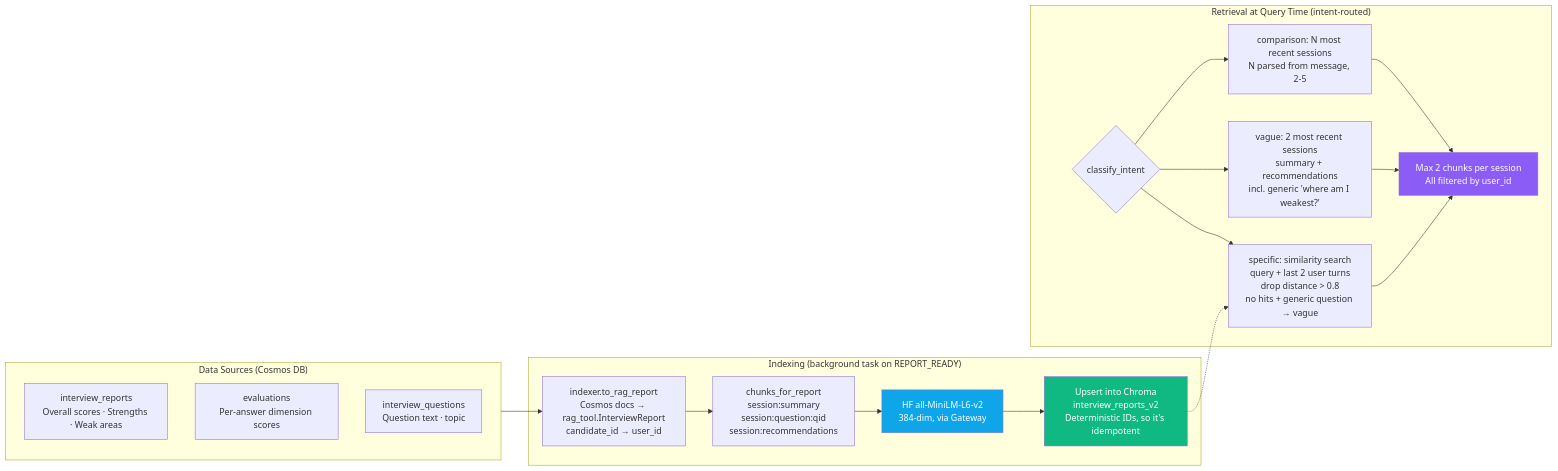
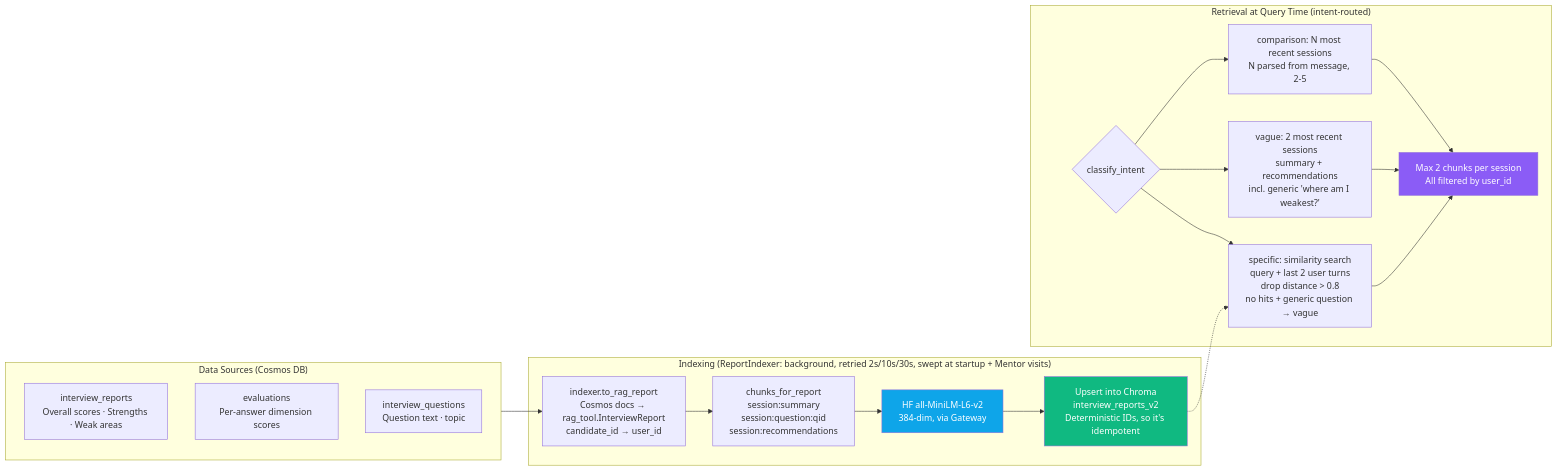
One commit to lovishmanchanda/Agentic-Interview-Coach changed the fifth of 21 diagrams in docs/flow.md. Above: the diagram before and after it, drawn with Mermaid. The commit also changed other lines of this file and 41 other files, not shown here.

Commit message:
Phase 2 complete: Mentor with background indexing, saved conversations, drill links and eval set

````diff
--- a/docs/flow.md
+++ b/docs/flow.md
@@ -197,33 +193,33 @@
 ```mermaid
 flowchart LR
     subgraph SOURCES["Data Sources (Cosmos DB)"]
         IR[interview_reports\nOverall scores · Strengths · Weak areas]
         EV[evaluations\nPer-answer dimension scores]
         IQ[interview_questions\nQuestion text · topic]
     end
 
-    subgraph INDEXING["Indexing (background task on REPORT_READY)"]
+    subgraph INDEXING["Indexing (ReportIndexer: background, retried 2s/10s/30s, swept at startup + Mentor visits)"]
         ADAPT[indexer.to_rag_report\nCosmos docs → rag_tool.InterviewReport\ncandidate_id → user_id]
         CHUNK[chunks_for_report\nsession:summary\nsession:question:qid\nsession:recommendations]
         EMBED_IDX[HF all-MiniLM-L6-v2\n384-dim, via Gateway]
         UPSERT[Upsert into Chroma\ninterview_reports_v2\nDeterministic IDs, so it's idempotent]
     end
 
     subgraph RETRIEVAL["Retrieval at Query Time (intent-routed)"]
         INTENT{classify_intent}
         SPEC[specific: similarity search\nquery + last 2 user turns\ndrop distance > 0.8\nno hits + generic question → vague]
         VAGUE[vague: 2 most recent sessions\nsummary + recommendations\nincl. generic 'where am I weakest?']
         COMP[comparison: N most recent sessions\nN parsed from message, 2-5]
         DEDUPE[Max 2 chunks per session\nAll filtered by user_id]
     end
 
     SOURCES --> ADAPT --> CHUNK --> EMBED_IDX --> UPSERT
     INTENT --> SPEC --> DEDUPE
     INTENT --> VAGUE --> DEDUPE
     INTENT --> COMP --> DEDUPE
     UPSERT -.-> SPEC
 
     style EMBED_IDX fill:#0ea5e9,color:#fff
     style UPSERT fill:#10b981,color:#fff
     style DEDUPE fill:#8b5cf6,color:#fff
 ```
````
